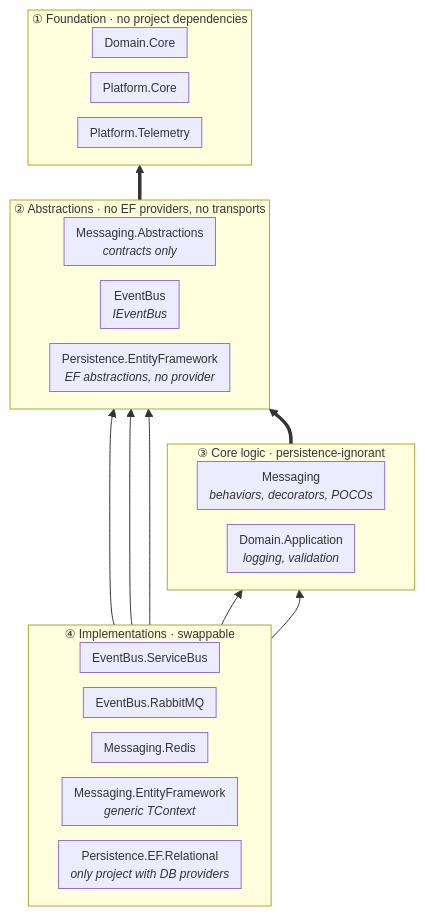
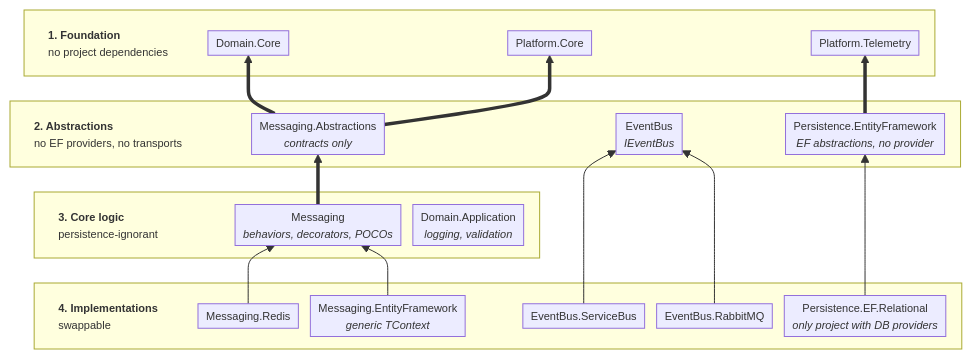
One commit to miquelalcaraz/Labs.ServicePlatform changed the third of 4 diagrams in README.md. Above: the diagram before and after it, drawn with Mermaid. The commit also changed other lines of this file, not shown here.

Commit message:
Refine README architecture diagram
Simplify the Mermaid layout, rename the four layers, and clarify cross-layer references without changing the rule that dependencies never point upward.

````diff
--- a/README.md
+++ b/README.md
@@ -130,41 +130,49 @@
 ```mermaid
-%%{init: {"themeVariables": {"fontSize": "12px"}, "flowchart": {"nodeSpacing": 15, "rankSpacing": 35, "padding": 6}}}%%
+%%{init: {"themeVariables": {"fontSize": "11px"}, "flowchart": {"nodeSpacing": 12, "rankSpacing": 25, "padding": 4}}}%%
 flowchart BT
-    subgraph F["① Foundation · no project dependencies"]
-        direction LR
+    subgraph F[" "]
+        LF["<b>1. Foundation</b><br/>no project dependencies"]:::lvl
         DC["Domain.Core"]
         PC["Platform.Core"]
         TEL["Platform.Telemetry"]
     end
 
-    subgraph C["② Abstractions · no EF providers, no transports"]
-        direction LR
+    subgraph C[" "]
+        LC["<b>2. Abstractions</b><br/>no EF providers, no transports"]:::lvl
         ABS["Messaging.Abstractions<br/><i>contracts only</i>"]
         EB["EventBus<br/><i>IEventBus</i>"]
         PEF["Persistence.EntityFramework<br/><i>EF abstractions, no provider</i>"]
     end
 
-    subgraph L["③ Core logic · persistence-ignorant"]
-        direction LR
+    subgraph L[" "]
+        LL["<b>3. Core logic</b><br/>persistence-ignorant"]:::lvl
         MSG["Messaging<br/><i>behaviors, decorators, POCOs</i>"]
         DA["Domain.Application<br/><i>logging, validation</i>"]
     end
 
-    subgraph I["④ Implementations · swappable"]
-        direction LR
+    subgraph I[" "]
+        LI["<b>4. Implementations</b><br/>swappable"]:::lvl
+        RED["Messaging.Redis"]
+        MEF["Messaging.EntityFramework<br/><i>generic TContext</i>"]
         SB["EventBus.ServiceBus"]
         RMQ["EventBus.RabbitMQ"]
-        RED["Messaging.Redis"]
-        MEF["Messaging.EntityFramework<br/><i>generic TContext</i>"]
         REL["Persistence.EF.Relational<br/><i>only project with DB providers</i>"]
     end
 
-    C ==> F
-    L ==> C
+    ABS ==> DC
+    ABS ==> PC
+    PEF ==> TEL
+    MSG ==> ABS
 
+    RED --> MSG
+    MEF --> MSG
     SB --> EB
     RMQ --> EB
-    RED --> MSG
-    MEF --> MSG
     REL --> PEF
+
+    LC ~~~ LF
+    LL ~~~ LC
+    LI ~~~ LL
+
+    classDef lvl fill:none,stroke:none,text-align:left
 ```
````
